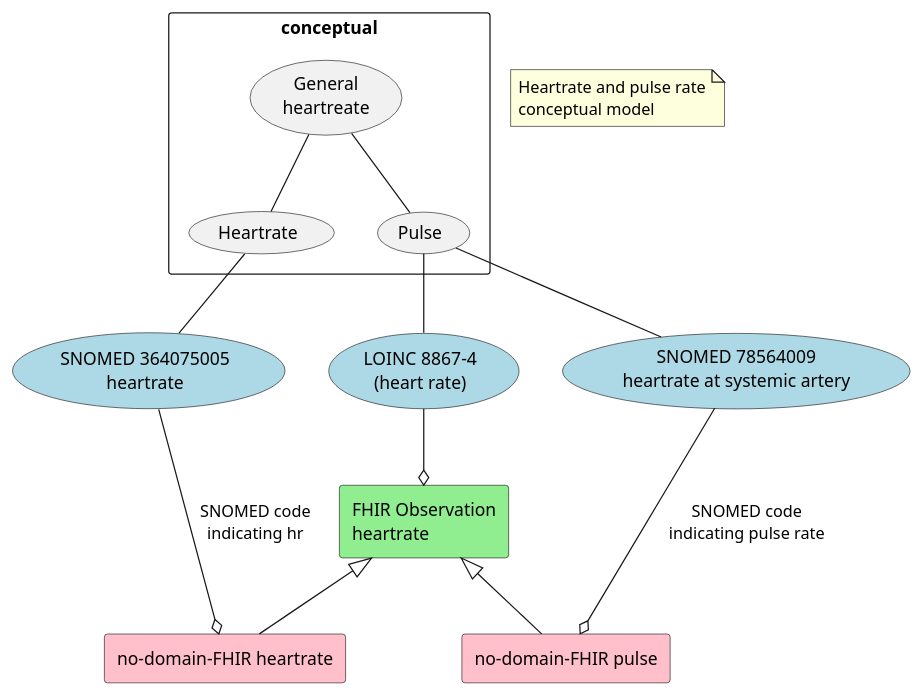
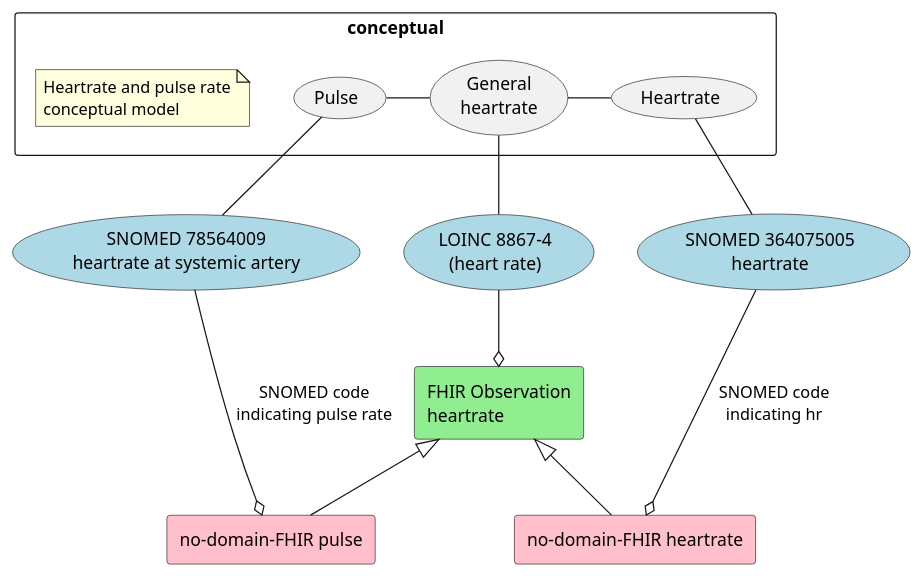
One commit to HL7Norway/no-domain changed the diagram in VitalSigns/input/images-source/puls-hr-problem.plantuml. Above: the diagram before and after it, drawn with PlantUML. The commit also changed 8 other files, not shown here.

```diff
--- a/VitalSigns/input/images-source/puls-hr-problem.plantuml
+++ b/VitalSigns/input/images-source/puls-hr-problem.plantuml
@@ -1,43 +1,46 @@
 @startuml
 
+rectangle "conceptual" {
 note "Heartrate and pulse rate\nconceptual model" as consept
-rectangle "conceptual" {
-"General\nheartreate" as (general)
+"General\nheartrate" as (general)
 "Heartrate" as (hr)
 "Pulse" as (pulse)
 }
 
 "LOINC 8867-4\n(heart rate)" as (8867) #lightblue
 "SNOMED 78564009\nheartrate at systemic artery" as (snopulse) #lightblue
 "SNOMED 364075005\nheartrate" as (snohr) #lightblue
 '"LOINC hr code" as (loinchr) #lightblue
 
-snohr -right[hidden]- 8867
+snopulse -right[hidden]- 8867
 8867 -right[hidden]- snohr
 
 'note "Heartrate and pulse\n rate FHIR profiles" as FHIRmodel
 
 'rectangle "FHIR profiles" {
   rectangle "FHIR Observation\nheartrate" as fhirhr #lightgreen
   rectangle "no-domain-FHIR heartrate" as nodomhr #pink
   rectangle "no-domain-FHIR pulse" as nodompulse #pink
 '}
 
 'fhirhr -right[hidden]- FHIRmodel
 
-general -down- hr
-general -down- pulse
+'general -right[hidden]- consept
+general -right- hr
+'pulse -right[hidden]- hr
+general -left- pulse
+general -down- 8867
 pulse -down- snopulse
 hr -down- snohr
-pulse -down- 8867
+'pulse -down- 8867
 8867 -down-o fhirhr
 fhirhr <|-down- nodomhr
 fhirhr <|-down- nodompulse
 nodompulse o-up- snopulse :SNOMED code\nindicating pulse rate
 nodomhr o-up- snohr :SNOMED code\nindicating hr
 'rectangle "test" as rect {
 '"search for information" as (soke) #lightblue
 '"indexing" as (indeksere)
 '"read information" as (lese) #lightblue
 '"share information" as (dele) #lightblued
 @enduml
```
